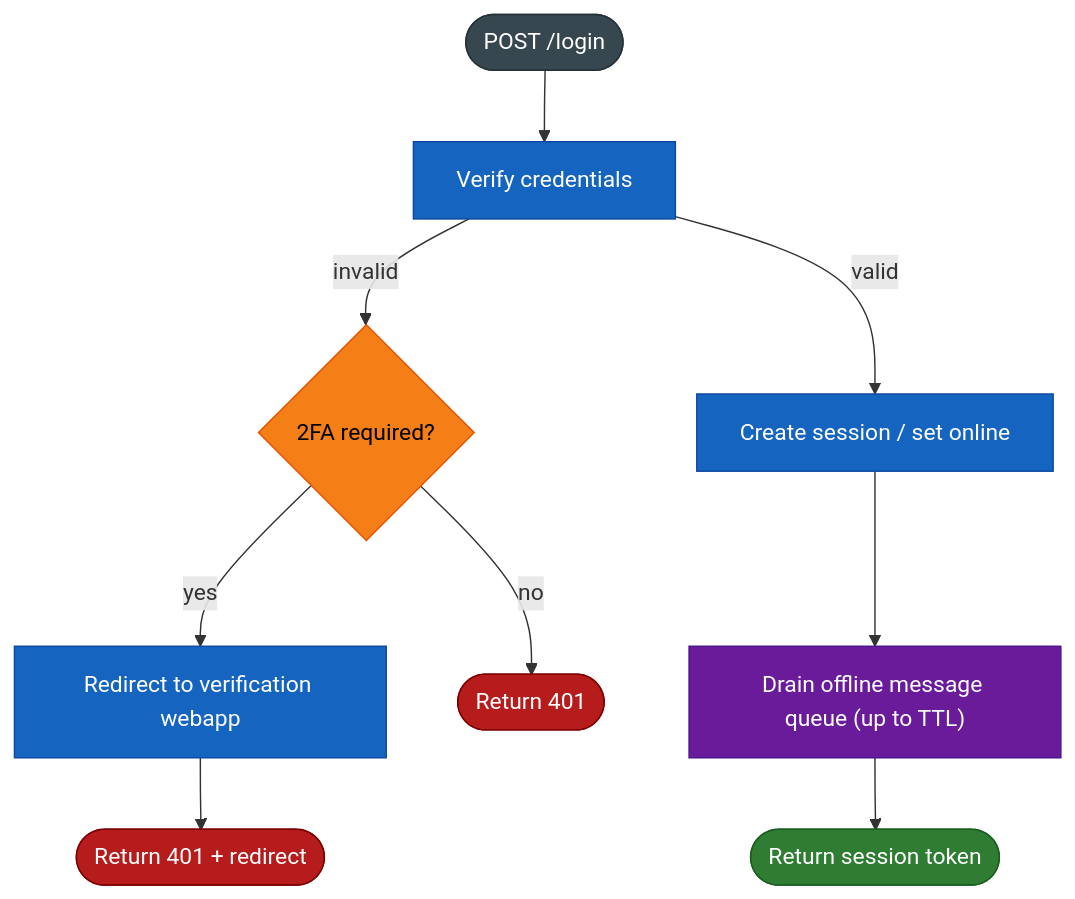
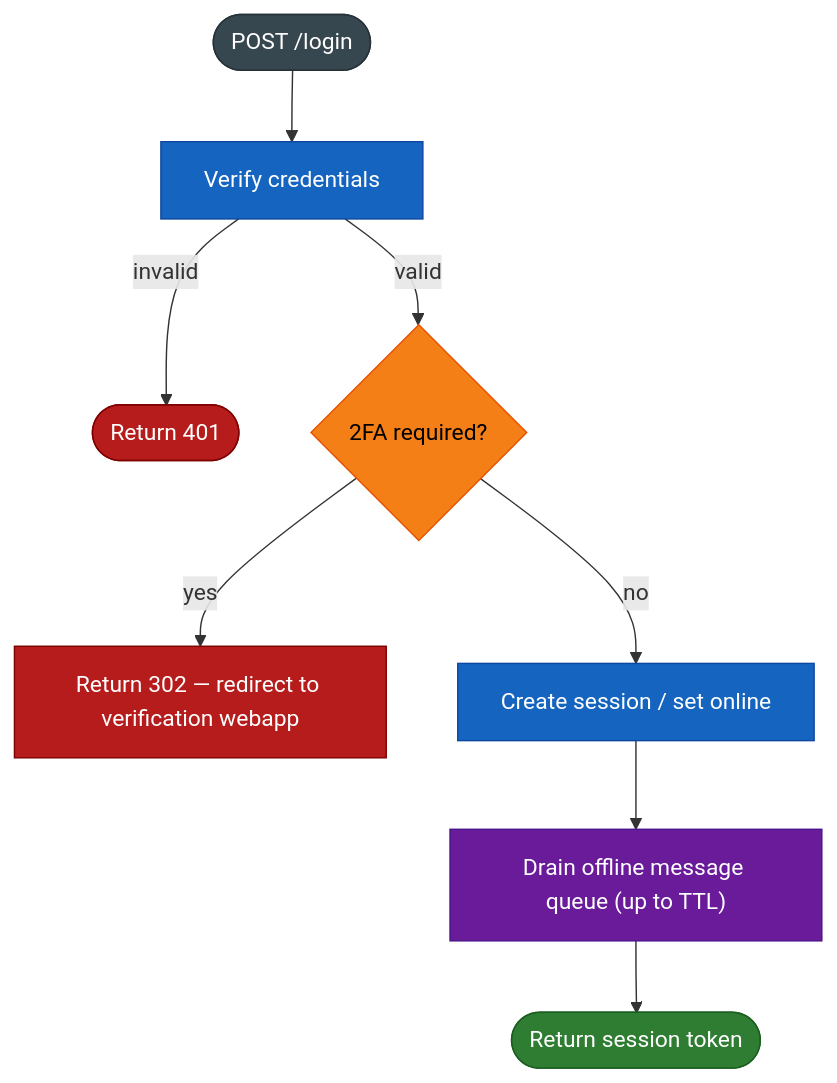
One commit to meltedelement/EPIC-1bit2qbit changed the second of 5 diagrams in docs/server-flows.md. Above: the diagram before and after it, drawn with Mermaid.

Commit message:
Changed server flow logic to have 2fa with correct credentials and to return a redirect code when needed

````diff
--- a/docs/server-flows.md
+++ b/docs/server-flows.md
@@ -25,18 +25,17 @@
 ```mermaid
 flowchart TD
     classDef terminal  fill:#37474F,stroke:#263238,color:#fff
     classDef process   fill:#1565C0,stroke:#0D47A1,color:#fff
     classDef decision  fill:#F57F17,stroke:#E65100,color:#000
     classDef error     fill:#B71C1C,stroke:#7F0000,color:#fff
     classDef ok        fill:#2E7D32,stroke:#1B5E20,color:#fff
     classDef store     fill:#6A1B9A,stroke:#4A148C,color:#fff
 
     A([POST /login]):::terminal --> B["Verify credentials"]:::process
-    B -- invalid --> C{"2FA required?"}:::decision
-    C -- yes --> D["Redirect to verification webapp"]:::process
-    D --> E([Return 401 + redirect]):::error
-    C -- no --> F([Return 401]):::error
-    B -- valid --> G["Create session / set online"]:::process
-    G --> H["Drain offline message queue (up to TTL)"]:::store
-    H --> I([Return session token]):::ok
+    B -- invalid --> C([Return 401]):::error
+    B -- valid --> D{"2FA required?"}:::decision
+    D -- yes --> E["Return 302 — redirect to verification webapp"]:::error
+    D -- no --> F["Create session / set online"]:::process
+    F --> G["Drain offline message queue (up to TTL)"]:::store
+    G --> H([Return session token]):::ok
 ```
````
